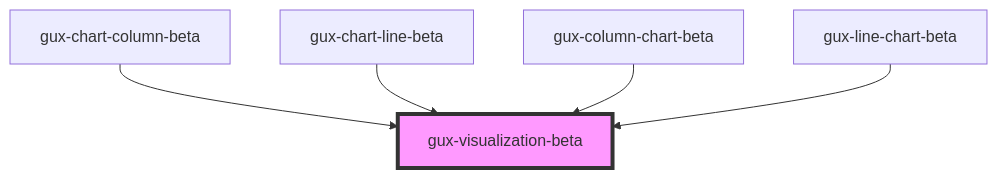
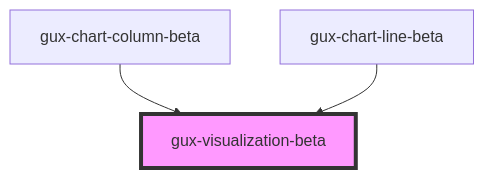
One commit to MyPureCloud/genesys-spark changed the diagram in src/components/beta/gux-visualization/readme.md. Above: the diagram before and after it, drawn with Mermaid. The commit also changed other lines of this file and 7 other files, not shown here.

Commit message:
feat(gux-chart): extract defaults, throw errors without required fields, extract colors, examples

````diff
--- a/src/components/beta/gux-visualization/readme.md
+++ b/src/components/beta/gux-visualization/readme.md
@@ -34,8 +32,6 @@
 ```mermaid
 graph TD;
   gux-chart-column-beta --> gux-visualization-beta
   gux-chart-line-beta --> gux-visualization-beta
-  gux-column-chart-beta --> gux-visualization-beta
-  gux-line-chart-beta --> gux-visualization-beta
   style gux-visualization-beta fill:#f9f,stroke:#333,stroke-width:4px
 ```
````
